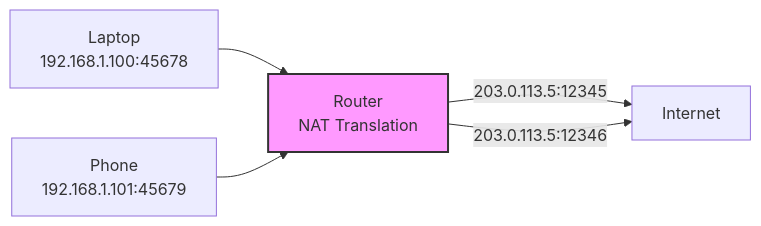
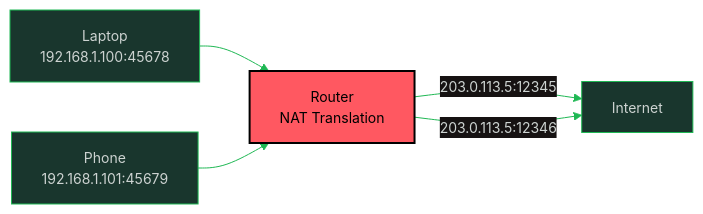
The diagram in computing-foundation-note/Computer Networks/01 Fundamentals/013 IP Addressing & Subnetting.md (oat431/swe-knowledge), drawn with Mermaid before and after one commit. The commit also changed other lines of this file and 139 other files, not shown here.

````diff
--- a/computing-foundation-note/Computer Networks/01 Fundamentals/013 IP Addressing & Subnetting.md
+++ b/computing-foundation-note/Computer Networks/01 Fundamentals/013 IP Addressing & Subnetting.md
@@ -79,8 +79,9 @@
 ```mermaid
+%%{init: {'theme':'base','themeVariables':{'primaryColor':'#19362D','primaryTextColor':'#CDD3D1','primaryBorderColor':'#1FB854','lineColor':'#1FB854','secondaryColor':'#161212','tertiaryColor':'#1B1717','background':'#1B1717','mainBkg':'#19362D','nodeBorder':'#1FB854','clusterBkg':'#161212','clusterBorder':'#19362D','titleColor':'#1FB854','edgeLabelBackground':'#161212','fontSize':'14px'}}}%%
 graph LR
     L["Laptop<br>192.168.1.100:45678"] --> R["Router<br>NAT Translation"]
     P["Phone<br>192.168.1.101:45679"] --> R
     R -->|"203.0.113.5:12345"| I["Internet"]
     R -->|"203.0.113.5:12346"| I
-    style R fill:#f9f,stroke:#333,stroke-width:2px
+    style R fill:#FF5861,stroke:#000000,stroke-width:2px,color:#000000
 ```
````
